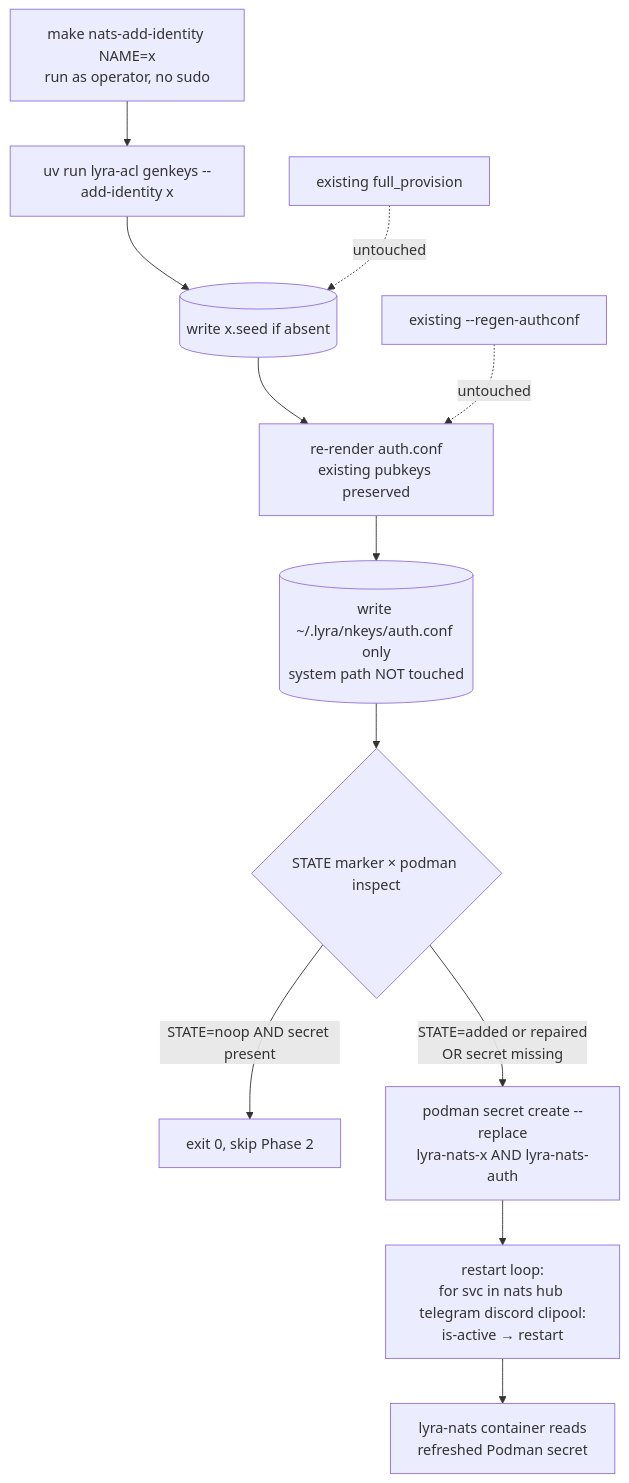
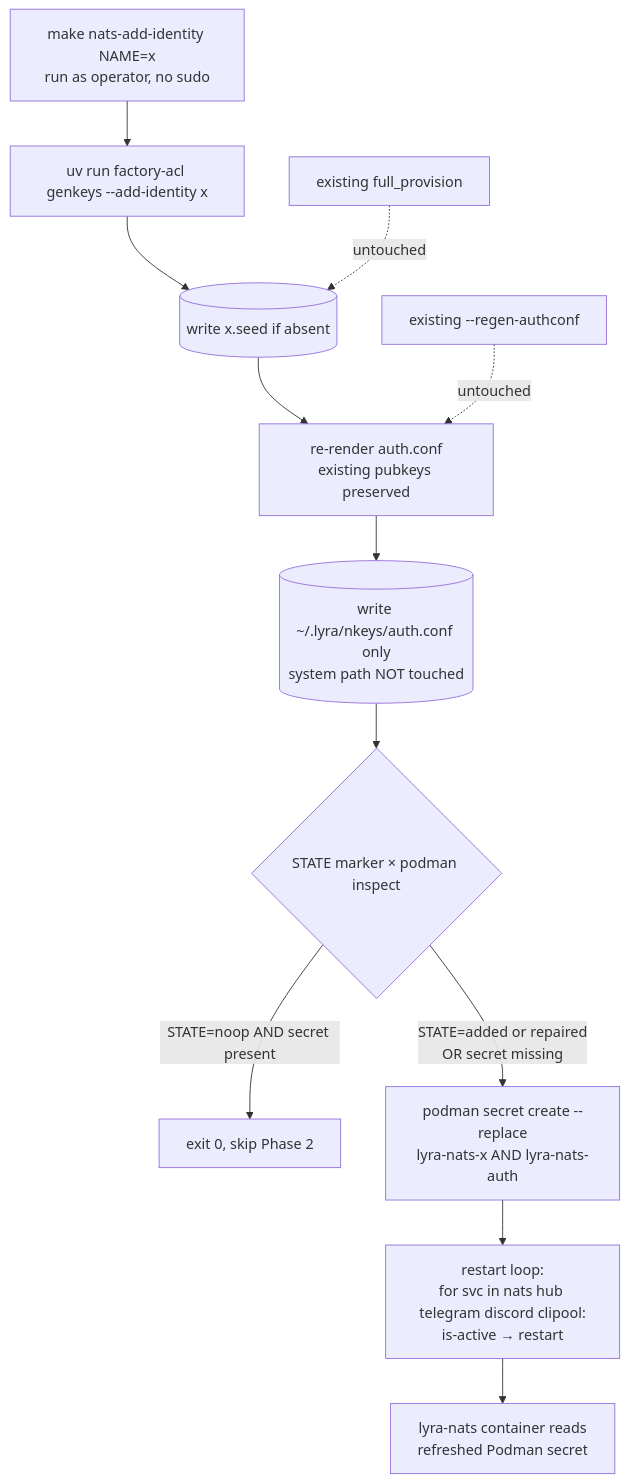
Before and after one commit to Roxabi/lyra: the second of 2 diagrams in artifacts/specs/1361-prevent-key-rotation-cascade-spec.mdx, drawn with Mermaid. The commit also changed other lines of this file and 1256 other files, not shown here.

First line of the commit message:
refactor: rename lyra→factory (package/CLI, env vars, container identity)

````diff
--- a/artifacts/specs/1361-prevent-key-rotation-cascade-spec.mdx
+++ b/artifacts/specs/1361-prevent-key-rotation-cascade-spec.mdx
@@ -132,15 +132,15 @@
 ```mermaid
 flowchart TB
-    M[make nats-add-identity NAME=x<br/>run as operator, no sudo] --> A1[uv run lyra-acl genkeys --add-identity x]
+    M[make nats-add-identity NAME=x<br/>run as operator, no sudo] --> A1[uv run factory-acl genkeys --add-identity x]
     A1 --> S[(write x.seed if absent)]
     S --> R[re-render auth.conf<br/>existing pubkeys preserved]
     R --> AC[(write ~/.lyra/nkeys/auth.conf only<br/>system path NOT touched)]
     AC --> ST{STATE marker × podman inspect}
     ST -->|STATE=noop AND secret present| END[exit 0, skip Phase 2]
     ST -->|STATE=added or repaired<br/>OR secret missing| P[podman secret create --replace<br/>lyra-nats-x AND lyra-nats-auth]
     P --> RL[restart loop:<br/>for svc in nats hub telegram discord clipool:<br/>is-active → restart]
     RL --> NATS[lyra-nats container reads<br/>refreshed Podman secret]
 
     FP[existing full_provision] -.->|untouched| S
     RA[existing --regen-authconf] -.->|untouched| R
 ```
````
